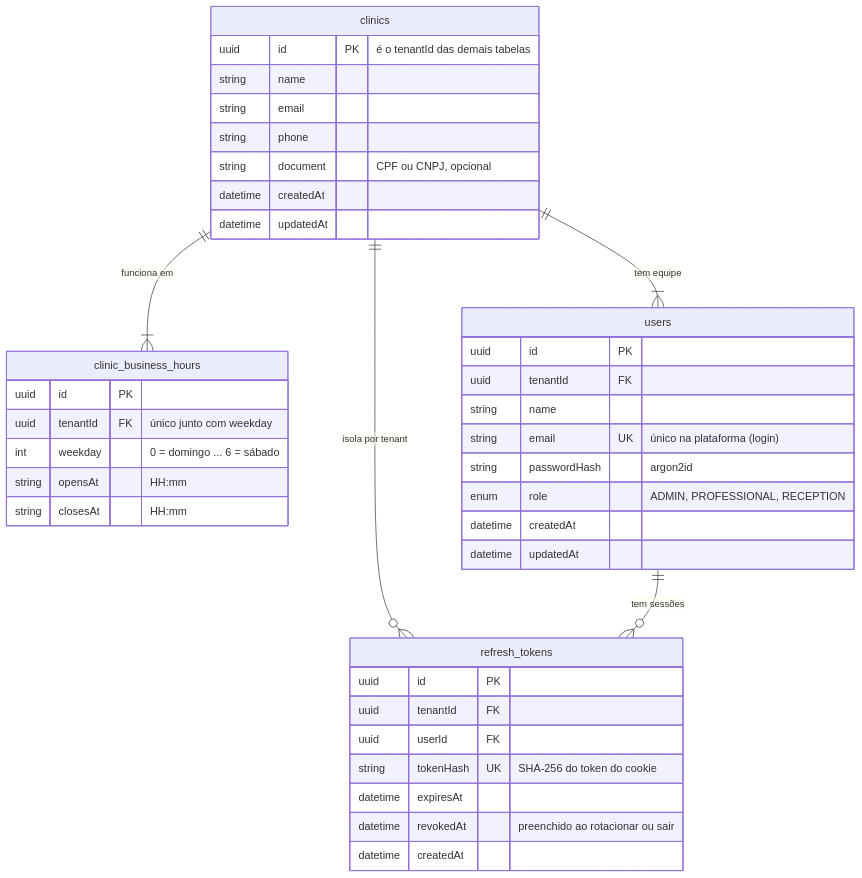
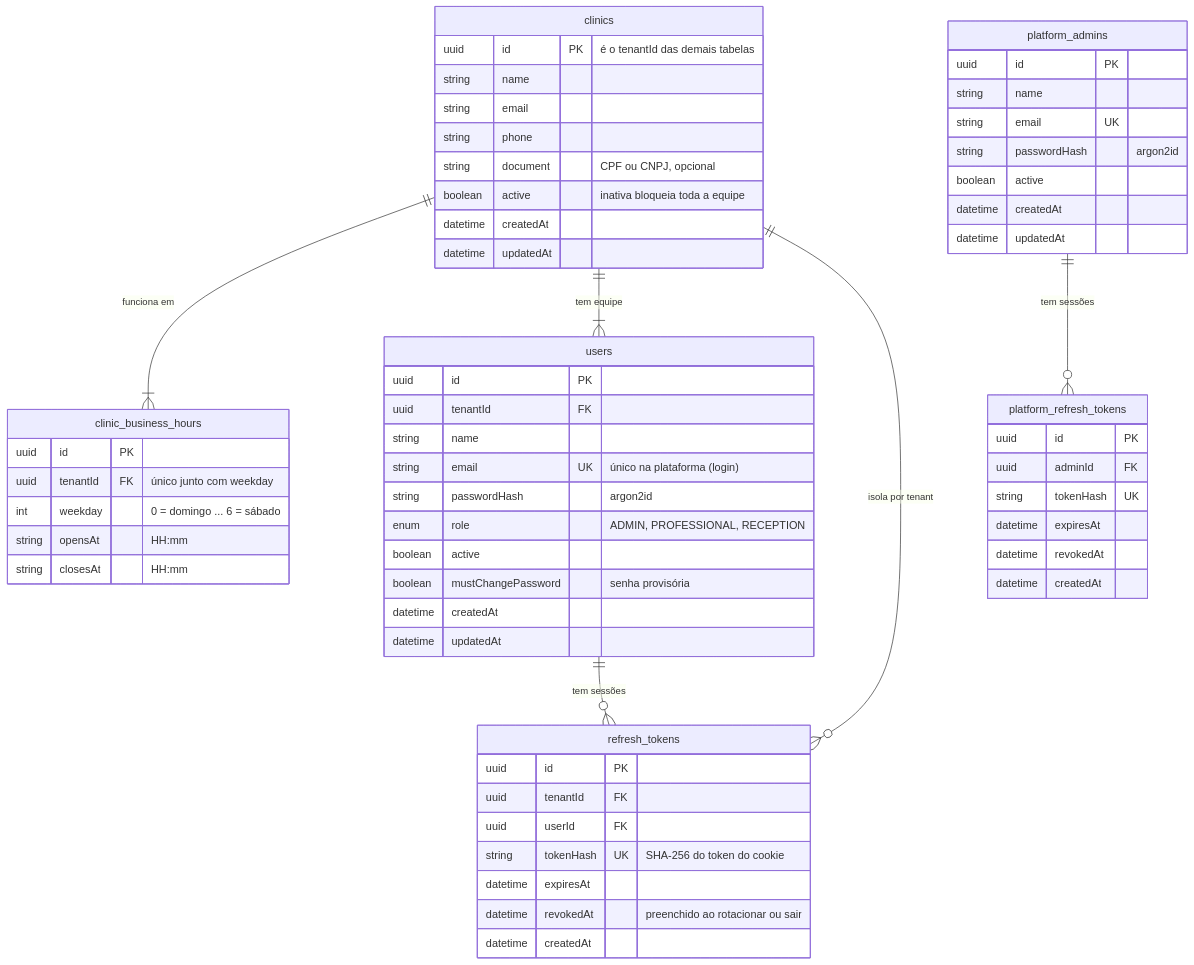
Before and after one commit to agatavitoria/saas-clinicas: the diagram in README.md, drawn with Mermaid. The commit also changed other lines of this file and 87 other files, not shown here.

````diff
--- a/README.md
+++ b/README.md
@@ -82,46 +107,69 @@
 ```mermaid
 erDiagram
     clinics ||--|{ clinic_business_hours : "funciona em"
     clinics ||--|{ users : "tem equipe"
     clinics ||--o{ refresh_tokens : "isola por tenant"
     users ||--o{ refresh_tokens : "tem sessões"
+    platform_admins ||--o{ platform_refresh_tokens : "tem sessões"
 
     clinics {
         uuid id PK "é o tenantId das demais tabelas"
         string name
         string email
         string phone
         string document "CPF ou CNPJ, opcional"
+        boolean active "inativa bloqueia toda a equipe"
         datetime createdAt
         datetime updatedAt
     }
 
     clinic_business_hours {
         uuid id PK
         uuid tenantId FK "único junto com weekday"
         int weekday "0 = domingo ... 6 = sábado"
         string opensAt "HH:mm"
         string closesAt "HH:mm"
     }
 
     users {
         uuid id PK
         uuid tenantId FK
         string name
         string email UK "único na plataforma (login)"
         string passwordHash "argon2id"
         enum role "ADMIN, PROFESSIONAL, RECEPTION"
+        boolean active
+        boolean mustChangePassword "senha provisória"
         datetime createdAt
         datetime updatedAt
     }
 
     refresh_tokens {
         uuid id PK
         uuid tenantId FK
         uuid userId FK
         string tokenHash UK "SHA-256 do token do cookie"
         datetime expiresAt
         datetime revokedAt "preenchido ao rotacionar ou sair"
         datetime createdAt
     }
+
+    platform_admins {
+        uuid id PK
+        string name
+        string email UK
+        string passwordHash "argon2id"
+        boolean active
+        datetime createdAt
+        datetime updatedAt
+    }
+
+    platform_refresh_tokens {
+        uuid id PK
+        uuid adminId FK
+        string tokenHash UK
+        datetime expiresAt
+        datetime revokedAt
+        datetime createdAt
+    }
 ```
````
